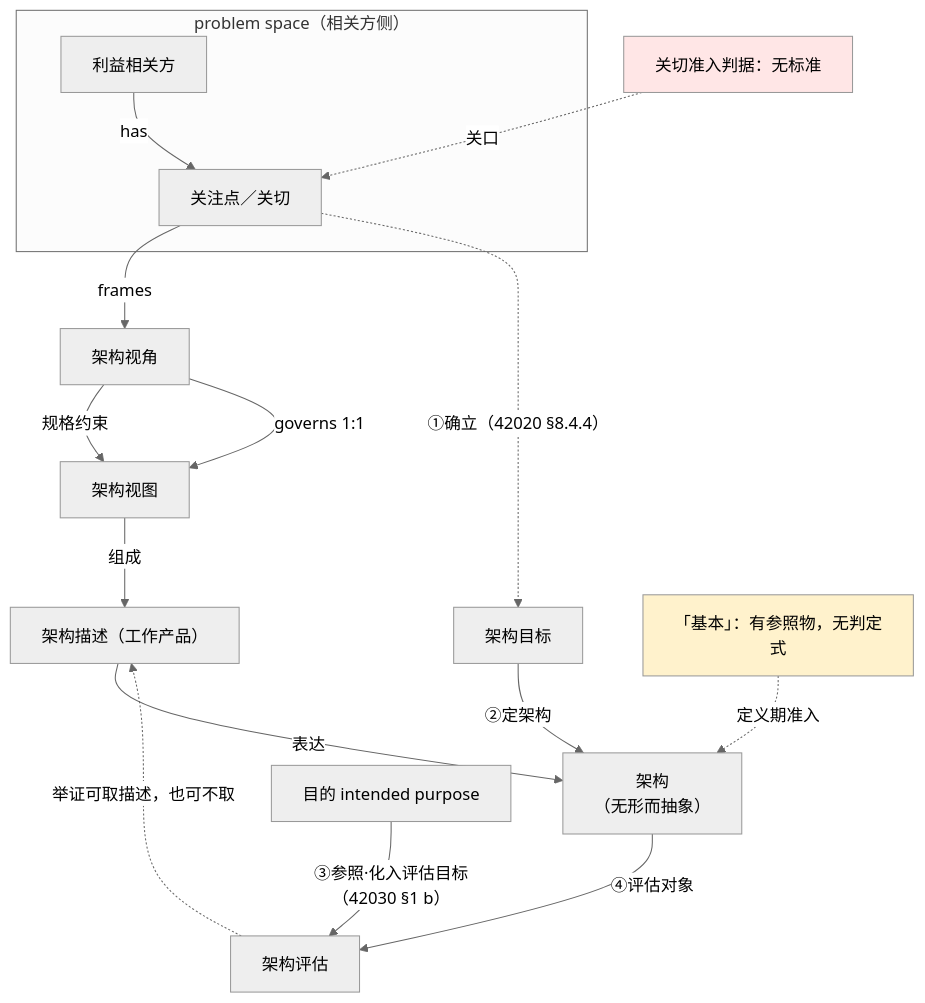
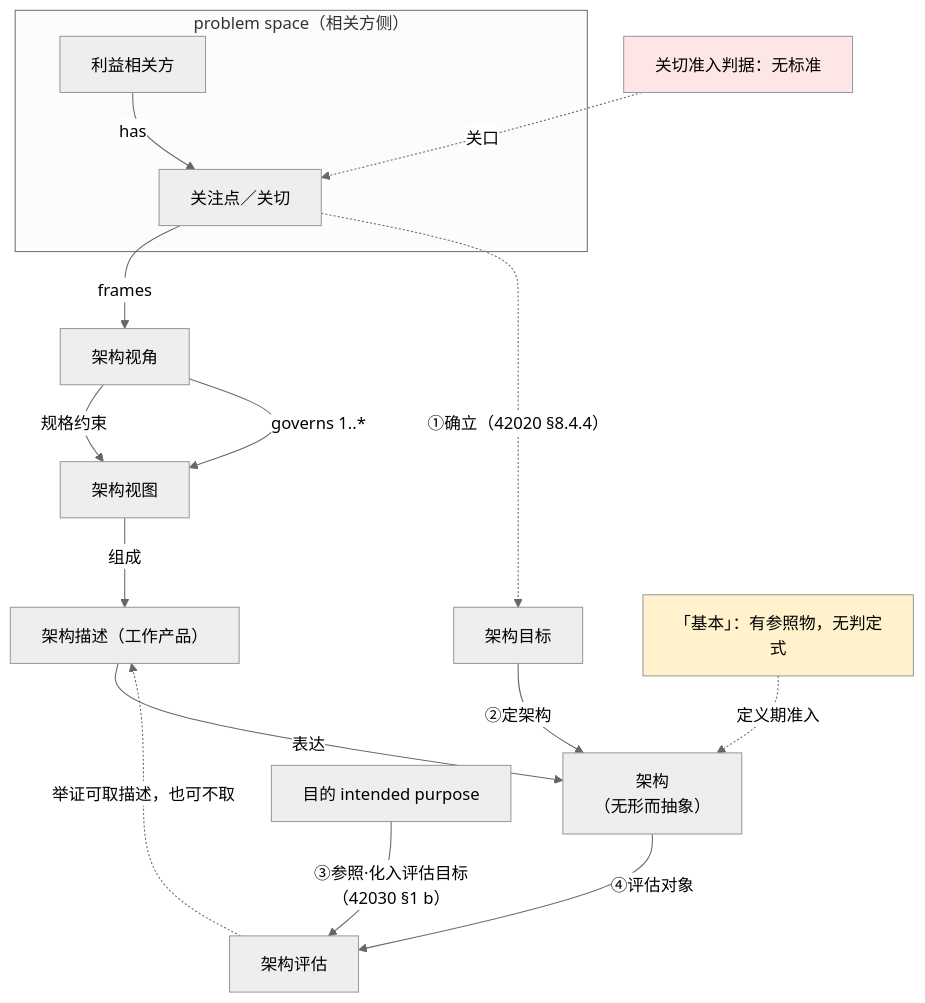
The first of 2 diagrams in 10-系统工程研究/00-系统工程相关研究报告/32-架构视角与关切判据研究报告-从视角集到关切裁决.md (Yongjunzhou/business-Engineering), drawn with Mermaid (neutral theme) before and after one commit. The commit also changed other lines of this file and 31 other files, not shown here.

````diff
--- a/10-系统工程研究/00-系统工程相关研究报告/32-架构视角与关切判据研究报告-从视角集到关切裁决.md
+++ b/10-系统工程研究/00-系统工程相关研究报告/32-架构视角与关切判据研究报告-从视角集到关切裁决.md
@@ -61,20 +71,20 @@
 ```mermaid
 flowchart TB
     subgraph P["problem space（相关方侧）"]
         SH["利益相关方"] -->|"has"| C["关注点／关切"]
     end
     C -->|"frames"| VP["架构视角"]
     VP -->|"规格约束"| V["架构视图"]
-    VP -->|"governs 1:1"| V
+    VP -->|"governs 1..*"| V
     V -->|"组成"| AD["架构描述（工作产品）"]
     AD -->|"表达"| A["架构<br/>（无形而抽象）"]
     C -.->|"①确立（42020 §8.4.4）"| O["架构目标"]
     O -->|"②定架构"| A
     PP["目的 intended purpose"] -->|"③参照·化入评估目标（42030 §1 b）"| EV["架构评估"]
     A -->|"④评估对象"| EV
     EV -.->|"举证可取描述，也可不取"| AD
     N1["「基本」：有参照物，无判定式"] -.->|"定义期准入"| A
     N2["关切准入判据：无标准"] -.->|"关口"| C
     style N1 fill:#fff2cc
     style N2 fill:#ffe6e6
 ```
````
